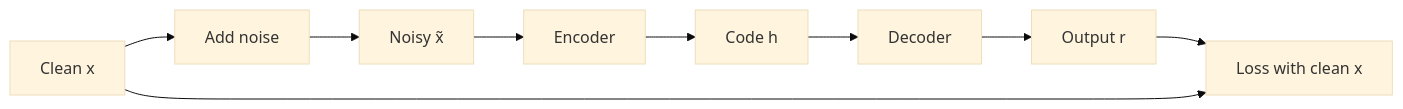
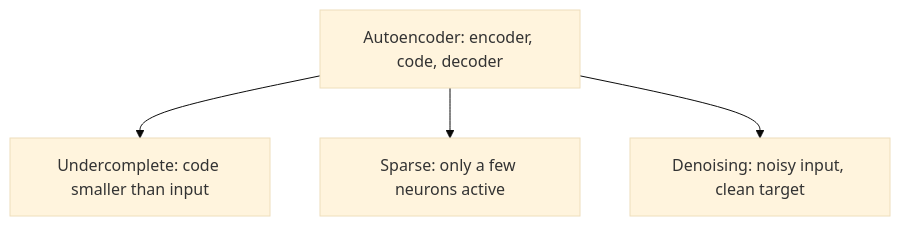
One commit to TrendySloth1001/sem-seven-notes changed the diagram in content/deep-learning/pyq/2024-05/q5b.hi.mdx. Above: the diagram before and after it, drawn with Mermaid (base theme). The commit also changed other lines of this file and 254 other files, not shown here.

Commit message:
Rewrite the backpropagation, gradient descent, regularization and autoencoder notes and their 29 answers from the teachers' class files. They use 185 teacher figures with class-notes citations only, and correct the AdaGrad, RMSProp, Nesterov and batch-norm numbers on the slides.

````diff
--- a/content/deep-learning/pyq/2024-05/q5b.hi.mdx
+++ b/content/deep-learning/pyq/2024-05/q5b.hi.mdx
@@ -25,12 +7,7 @@
 ```mermaid
-%% caption: Denoising autoencoder: noise sirf input mein jodta hai; loss output ko clean input se compare karta hai.
-flowchart LR
-  X["Clean x"] --> N["Add noise"]
-  N --> XT["Noisy x̃"]
-  XT --> E["Encoder"]
-  E --> H["Code h"]
-  H --> D["Decoder"]
-  D --> R["Output r"]
-  R --> L["Loss with clean x"]
-  X --> L
+%% caption: Autoencoder ke teen types, har ek ka apna rule jo network ko input simply copy karne se rokta hai.
+flowchart TD
+  A["Autoencoder: encoder, code, decoder"] --> B["Undercomplete: code smaller than input"]
+  A --> C["Sparse: only a few neurons active"]
+  A --> D["Denoising: noisy input, clean target"]
 ```
````
